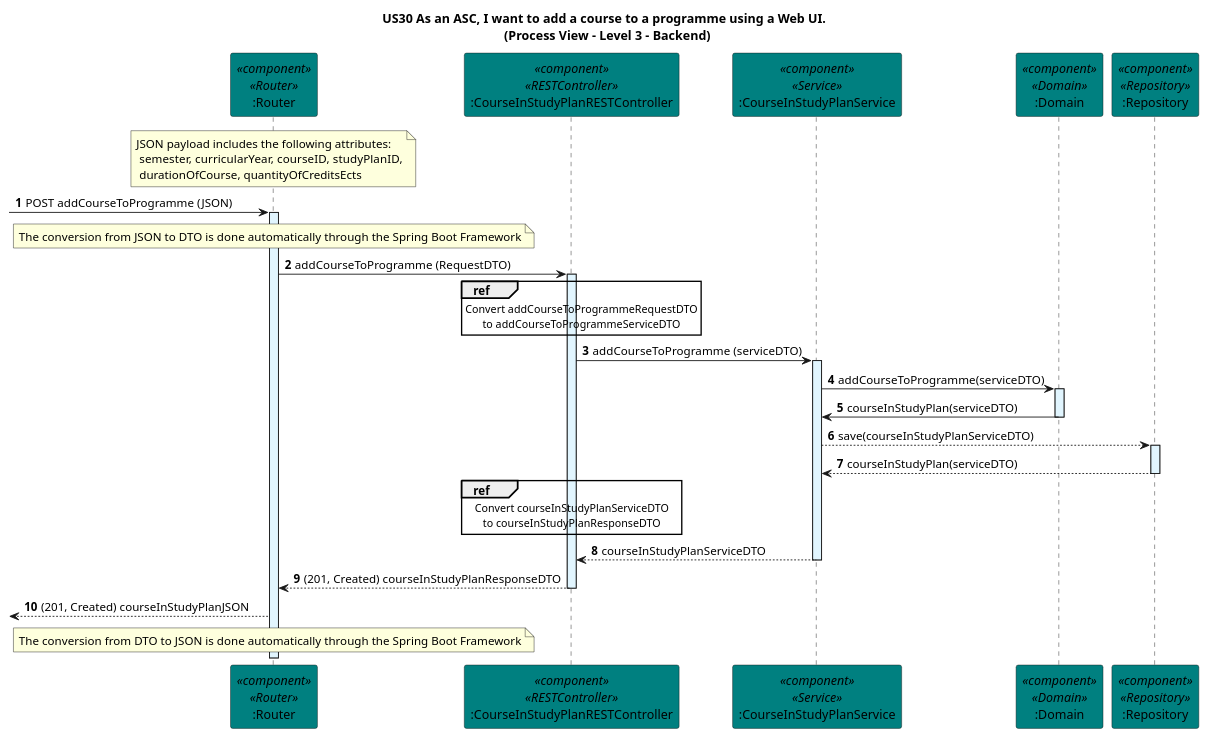
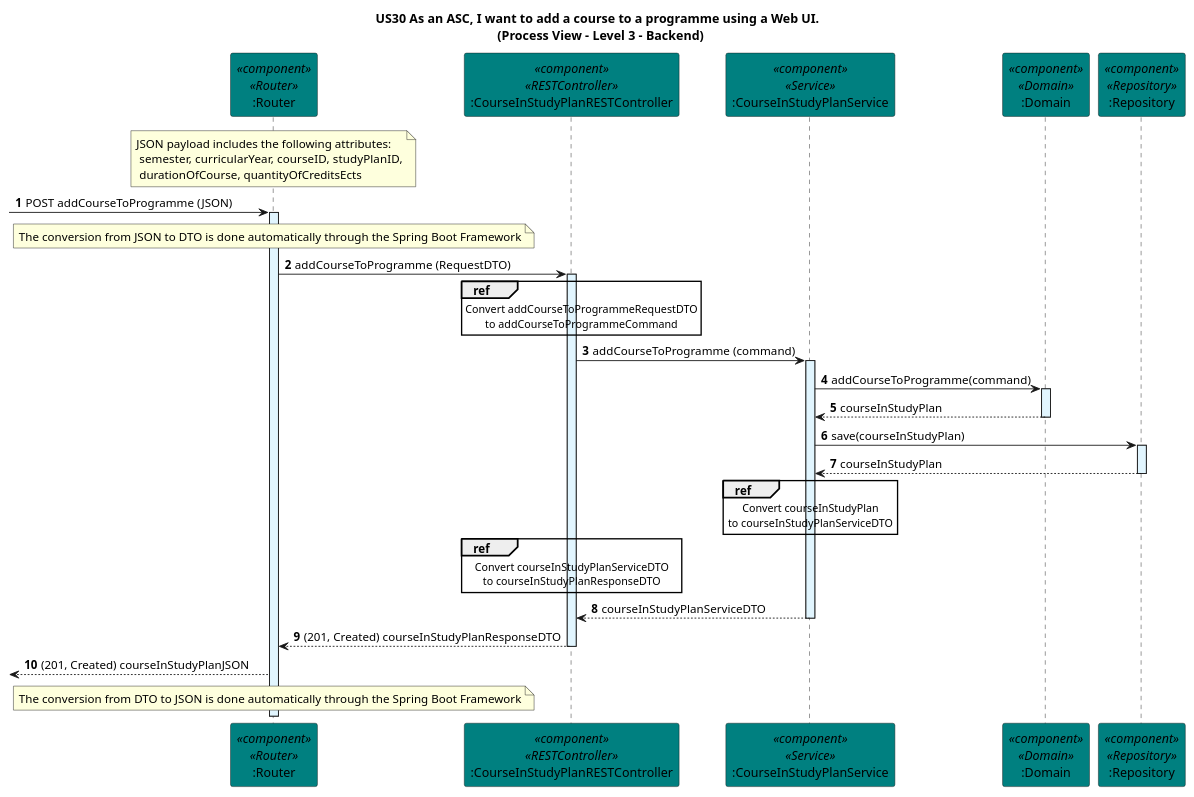
The diagram in docs/US30/Sprint_6_REST_API/Process View/Level3Granularity.puml (GasparISEP/DevOps-PAI), drawn with PlantUML before and after one commit.

Commit message:
[docs]: Update Level3Granularity.puml with new reference to convert object in DTO #567 #571

```diff
--- a/docs/US30/Sprint_6_REST_API/Process View/Level3Granularity.puml
+++ b/docs/US30/Sprint_6_REST_API/Process View/Level3Granularity.puml
@@ -1,58 +1,63 @@
 @startuml
 
 title US30 As an ASC, I want to add a course to a programme using a Web UI. \n (Process View - Level 3 - Backend)
 
 autonumber
 
 participant ":Router" as router <<component>> <<Router>> #teal
 participant ":CourseInStudyPlanRESTController" as restController <<component>> <<RESTController>> #teal
 participant ":CourseInStudyPlanService" as service <<component>> <<Service>> #teal
 participant ":Domain" as domain <<component>> <<Domain>> #teal
 participant ":Repository" as repository <<component>> <<Repository>> #teal
 
 note over router: JSON payload includes the following attributes:\n semester, curricularYear, courseID, studyPlanID,\n durationOfCourse, quantityOfCreditsEcts
 
 -> router: POST addCourseToProgramme (JSON)
 activate router #E1F5FE
 
 note over router: The conversion from JSON to DTO is done automatically through the Spring Boot Framework
 
 router -> restController: addCourseToProgramme (RequestDTO)
 activate restController #E1F5FE
 
 ref over restController
     Convert addCourseToProgrammeRequestDTO
-    to addCourseToProgrammeServiceDTO
+    to addCourseToProgrammeCommand
 end
 
-restController -> service: addCourseToProgramme (serviceDTO)
+restController -> service: addCourseToProgramme (command)
 activate service #E1F5FE
 
-service -> domain: addCourseToProgramme(serviceDTO)
+service -> domain: addCourseToProgramme(command)
 activate domain #E1F5FE
 
-domain -> service: courseInStudyPlan(serviceDTO)
+domain --> service: courseInStudyPlan
 deactivate domain
 
-service --> repository: save(courseInStudyPlanServiceDTO)
+service -> repository: save(courseInStudyPlan)
 activate repository #E1F5FE
 
-repository --> service: courseInStudyPlan(serviceDTO)
+repository --> service: courseInStudyPlan
 deactivate repository
+
+ref over service
+    Convert courseInStudyPlan
+    to courseInStudyPlanServiceDTO
+end
 
 ref over restController
     Convert courseInStudyPlanServiceDTO
     to courseInStudyPlanResponseDTO
 end
 
 service --> restController: courseInStudyPlanServiceDTO
 deactivate service
 
 restController --> router: (201, Created) courseInStudyPlanResponseDTO
 deactivate restController
 
 <-- router: (201, Created) courseInStudyPlanJSON
 
 note over router: The conversion from DTO to JSON is done automatically through the Spring Boot Framework
 
 @enduml
```
